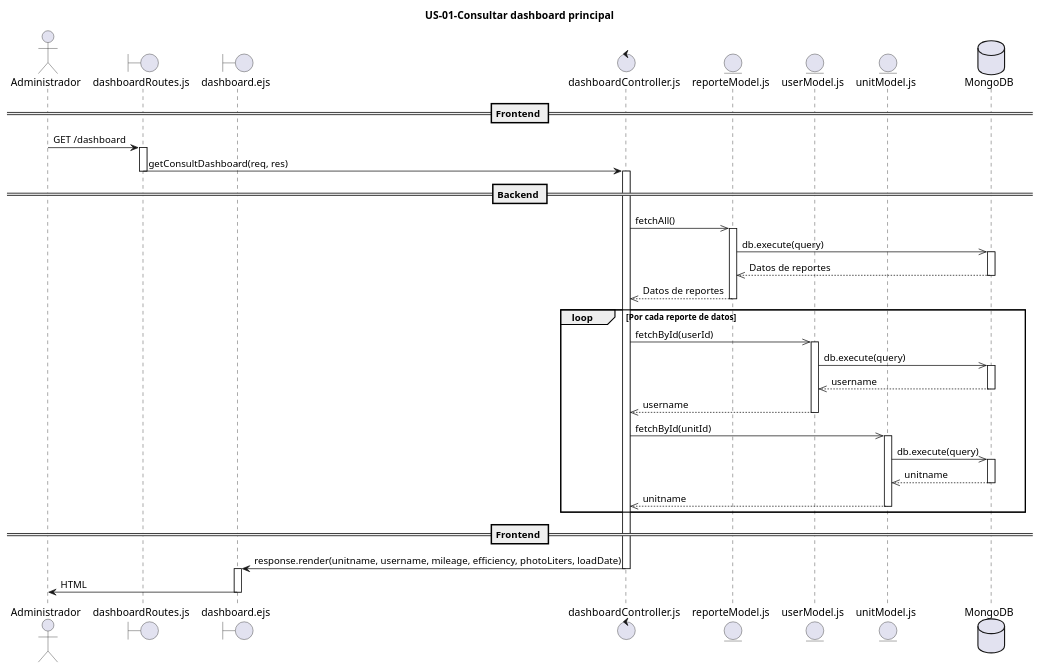
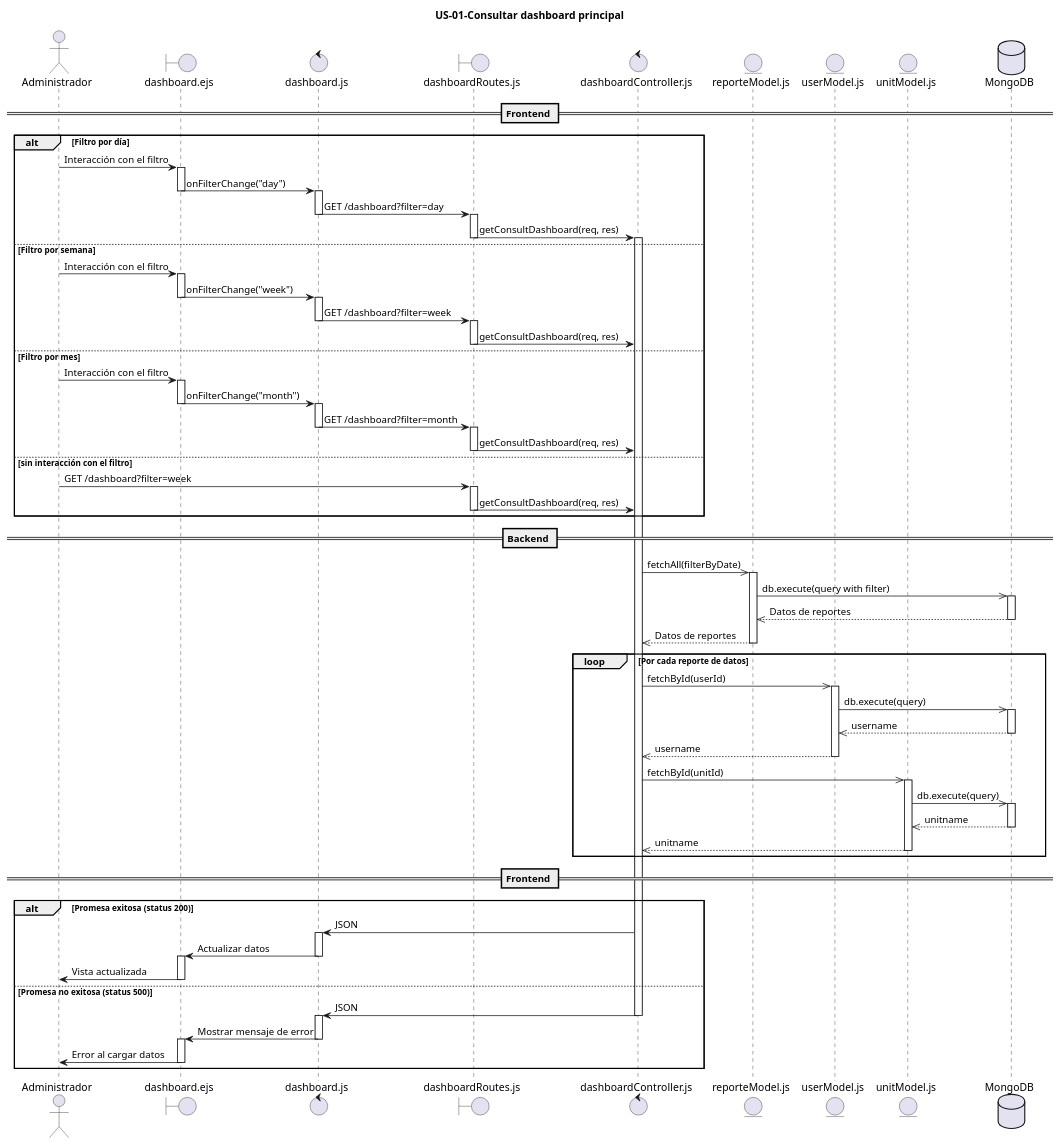
Before and after one commit to PIX3L-IT/dieselflow-dise-o: the diagram in MVP/US-01-dashboardPrincipal/US-01-dashboardPrincipal.puml, drawn with PlantUML. The commit also changed 2 other files, not shown here.

Commit message:
fix: actualizar imagen

```diff
--- a/MVP/US-01-dashboardPrincipal/US-01-dashboardPrincipal.puml
+++ b/MVP/US-01-dashboardPrincipal/US-01-dashboardPrincipal.puml
@@ -1,68 +1,135 @@
 @startuml
 title US-01-Consultar dashboard principal
 
 actor Administrador
 
+boundary "dashboard.ejs" as View
+control "dashboard.js" as JS
 boundary "dashboardRoutes.js" as R
-boundary "dashboard.ejs" as View
 control "dashboardController.js" as C
 entity "reporteModel.js" as M_Reporte
 entity "userModel.js" as M_User
 entity "unitModel.js" as M_Unit
 database "MongoDB" as DB
 
 == Frontend ==
-Administrador -> R: GET /dashboard
+alt Filtro por día
+    Administrador -> View: Interacción con el filtro
 
-activate R
-R -> C: getConsultDashboard(req, res)
-deactivate R
+    activate View
+    View -> JS: onFilterChange("day")
+    deactivate View
+
+    activate JS
+    JS -> R: GET /dashboard?filter=day
+    deactivate JS
+
+    activate R
+    R -> C: getConsultDashboard(req, res)
+    deactivate R
+
+    activate C
+
+else Filtro por semana
+    Administrador -> View: Interacción con el filtro
+
+    activate View
+    View -> JS: onFilterChange("week")
+    deactivate View
+
+    activate JS
+    JS -> R: GET /dashboard?filter=week
+    deactivate JS
+
+    activate R
+    R -> C: getConsultDashboard(req, res)
+    deactivate R
+
+else Filtro por mes
+    Administrador -> View: Interacción con el filtro
+
+    activate View
+    View -> JS: onFilterChange("month")
+    deactivate View
+
+    activate JS
+    JS -> R: GET /dashboard?filter=month
+    deactivate JS
+
+    activate R
+    R -> C: getConsultDashboard(req, res)
+    deactivate R
+
+else sin interacción con el filtro
+    Administrador -> R: GET /dashboard?filter=week
+
+    activate R
+    R -> C: getConsultDashboard(req, res)
+    deactivate R
+end
+
 
 == Backend ==
-activate C
-C ->> M_Reporte: fetchAll()
+C ->> M_Reporte: fetchAll(filterByDate)
 
 activate M_Reporte
-M_Reporte ->> DB: db.execute(query)
+M_Reporte ->> DB: db.execute(query with filter)
 
 activate DB
 DB -->> M_Reporte: Datos de reportes
 deactivate DB
 
 M_Reporte -->> C: Datos de reportes
 deactivate M_Reporte
 
 loop Por cada reporte de datos
     C ->> M_User: fetchById(userId)
 activate M_User
     M_User ->> DB: db.execute(query)
 
     activate DB
     DB -->> M_User: username
     deactivate DB
 
     M_User -->> C: username
     deactivate M_User
 
     C ->> M_Unit: fetchById(unitId)
 
     activate M_Unit
     M_Unit ->> DB: db.execute(query)
 
     activate DB
     DB -->> M_Unit: unitname
     deactivate DB
 
     M_Unit -->> C: unitname
     deactivate M_Unit
 end
 
 == Frontend ==
-C -> View: response.render(unitname, username, mileage, efficiency, photoLiters, loadDate)
-deactivate C
+alt Promesa exitosa (status 200)
+    C -> JS: JSON
+    
+    activate JS
+    JS -> View: Actualizar datos
+    deactivate JS
+    
+    activate View
+    View -> Administrador: Vista actualizada
+    deactivate View
+else Promesa no exitosa (status 500)
+    C -> JS: JSON
+    deactivate C
 
-activate View
-View -> Administrador: HTML
-deactivate View
+    activate JS
+    JS -> View: Mostrar mensaje de error
+    deactivate JS
+
+    activate View
+    View -> Administrador: Error al cargar datos
+    deactivate View
+end
+
 
 @enduml
```
